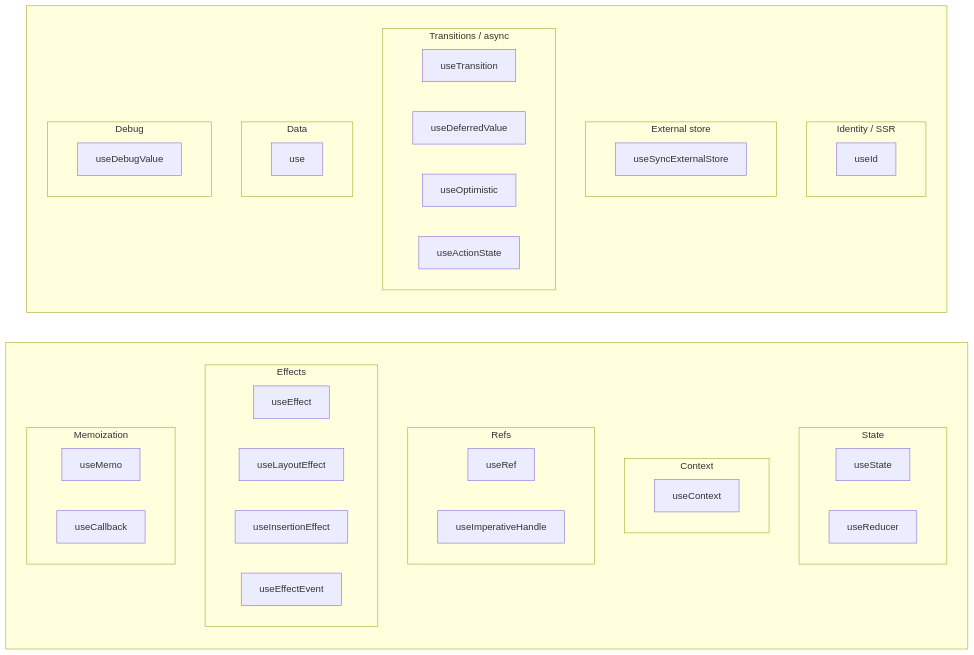
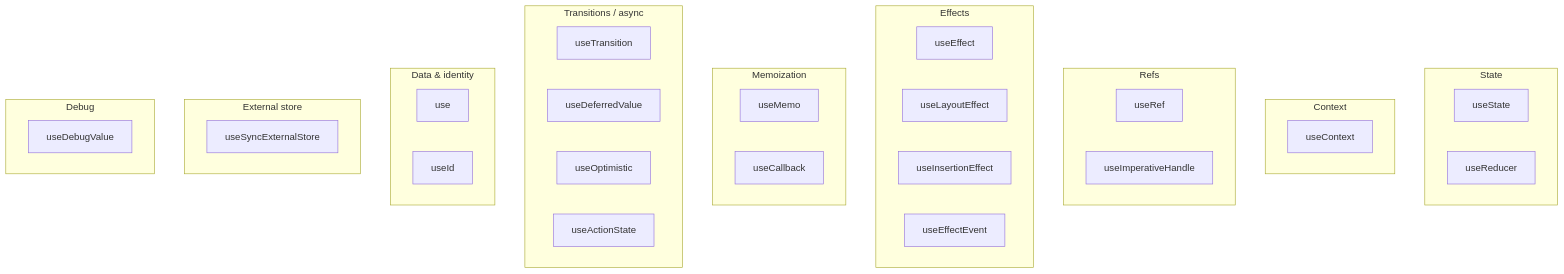
Before and after one commit to MaxwellCohen/cheat-sheets: the diagram in react/hooks.md, drawn with Mermaid. The commit also changed other lines of this file, not shown here.

Commit message:
Refactor React hooks documentation flowchart for improved clarity and organization
Updated the flowchart to enhance the layout and representation of built-in hooks, including state, context, refs, effects, memoization, async features, data, and debugging. Added notes on the usage of `useMemo`, `useCallback`, `useOptimistic`, and `useActionState`, providing clearer guidance on their application in React projects. This change aims to improve the overall readability and usability of the documentation.

````diff
--- a/react/hooks.md
+++ b/react/hooks.md
@@ -13,48 +13,40 @@
 ```mermaid
-flowchart LR
-    subgraph Col1 [ ]
-        direction TB
-        subgraph State["State"]
-            useState
-            useReducer
-        end
-        subgraph Context["Context"]
-            useContext
-        end
-        subgraph Refs["Refs"]
-            useRef
-            useImperativeHandle
-        end
-        subgraph Effects["Effects"]
-            useEffect
-            useLayoutEffect
-            useInsertionEffect
-            useEffectEvent
-        end
-        subgraph Memo["Memoization"]
-            useMemo
-            useCallback
-        end
+flowchart TB
+    subgraph State["State"]
+        useState
+        useReducer
     end
-    subgraph Col2 [ ]
-        direction TB
-        subgraph Identity["Identity / SSR"]
-            useId
-        end
-        subgraph External["External store"]
-            useSyncExternalStore
-        end
-        subgraph Async["Transitions / async"]
-            useTransition
-            useDeferredValue
-            useOptimistic
-            useActionState
-        end
-        subgraph Data["Data"]
-            use
-        end
-        subgraph Debug["Debug"]
-            useDebugValue
-        end
+    subgraph Context["Context"]
+        useContext
+    end
+    subgraph Refs["Refs"]
+        useRef
+        useImperativeHandle
+    end
+    subgraph Effects["Effects"]
+        useEffect
+        useLayoutEffect
+        useInsertionEffect
+        useEffectEvent
+    end
+    subgraph Memo["Memoization"]
+        useMemo
+        useCallback
+    end
+    subgraph Async["Transitions / async"]
+        useTransition
+        useDeferredValue
+        useOptimistic
+        useActionState
+    end
+    subgraph Data["Data & identity"]
+        use
+        useId
+    end
+    subgraph External["External store"]
+        useSyncExternalStore
+    end
+    subgraph Debug["Debug"]
+        useDebugValue
     end
 ```
````
